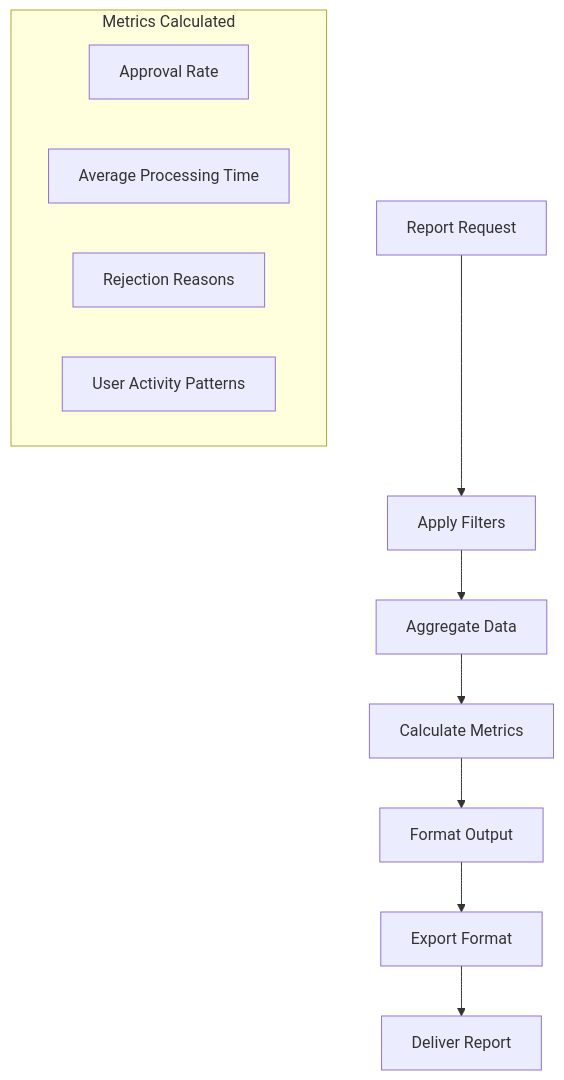
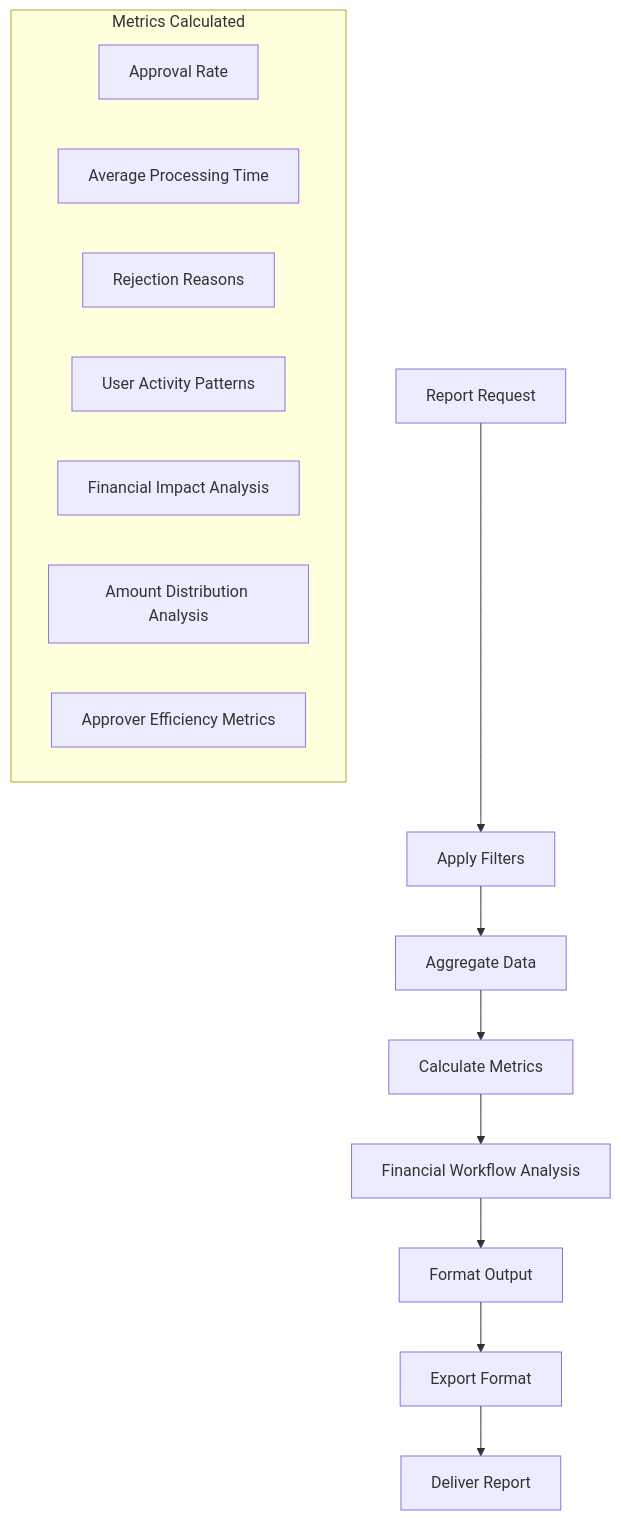
Diagram 11 of 13 in .qoder/repowiki/en/content/Modules & Features/Validation Workflow System.md (franckylab/eLISAschool), drawn with Mermaid before and after one commit. The commit also changed other lines of this file and 236 other files, not shown here.

````diff
--- a/.qoder/repowiki/en/content/Modules & Features/Validation Workflow System.md
+++ b/.qoder/repowiki/en/content/Modules & Features/Validation Workflow System.md
@@ -354,15 +557,19 @@
 ```mermaid
 flowchart TD
 Request[Report Request] --> Filter[Apply Filters]
 Filter --> Aggregate[Aggregate Data]
 Aggregate --> Calculate[Calculate Metrics]
-Calculate --> Format[Format Output]
+Calculate --> FinancialAnalysis[Financial Workflow Analysis]
+FinancialAnalysis --> Format[Format Output]
 Format --> Export[Export Format]
 Export --> Deliver[Deliver Report]
 subgraph "Metrics Calculated"
 ApprovalRate[Approval Rate]
 AvgProcessing[Average Processing Time]
 RejectionReasons[Rejection Reasons]
 UserActivity[User Activity Patterns]
+FinancialImpact[Financial Impact Analysis]
+AmountDistribution[Amount Distribution Analysis]
+ApproverEfficiency[Approver Efficiency Metrics]
 end
 ```
````
